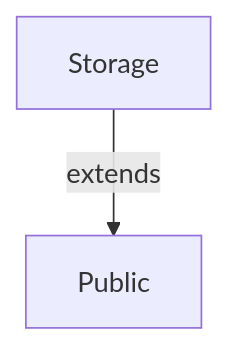
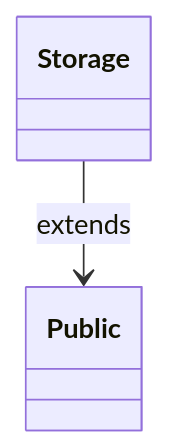
One commit to release-art/pydantic-prism changed the first of 2 diagrams in examples/custom_base/README.md. Above: the diagram before and after it, drawn with Mermaid. The commit also changed other lines of this file and 7 other files, not shown here.

````diff
--- a/examples/custom_base/README.md
+++ b/examples/custom_base/README.md
@@ -7,7 +7,7 @@
 ```mermaid
-graph TD
-    Public["Public"]
-    Storage["Storage"]
-    Storage -->|"extends"| Public
-    classDef partial stroke-dasharray: 5 5;
+classDiagram
+    direction TB
+    class Public
+    class Storage
+    Storage --> Public : extends
 ```
````
